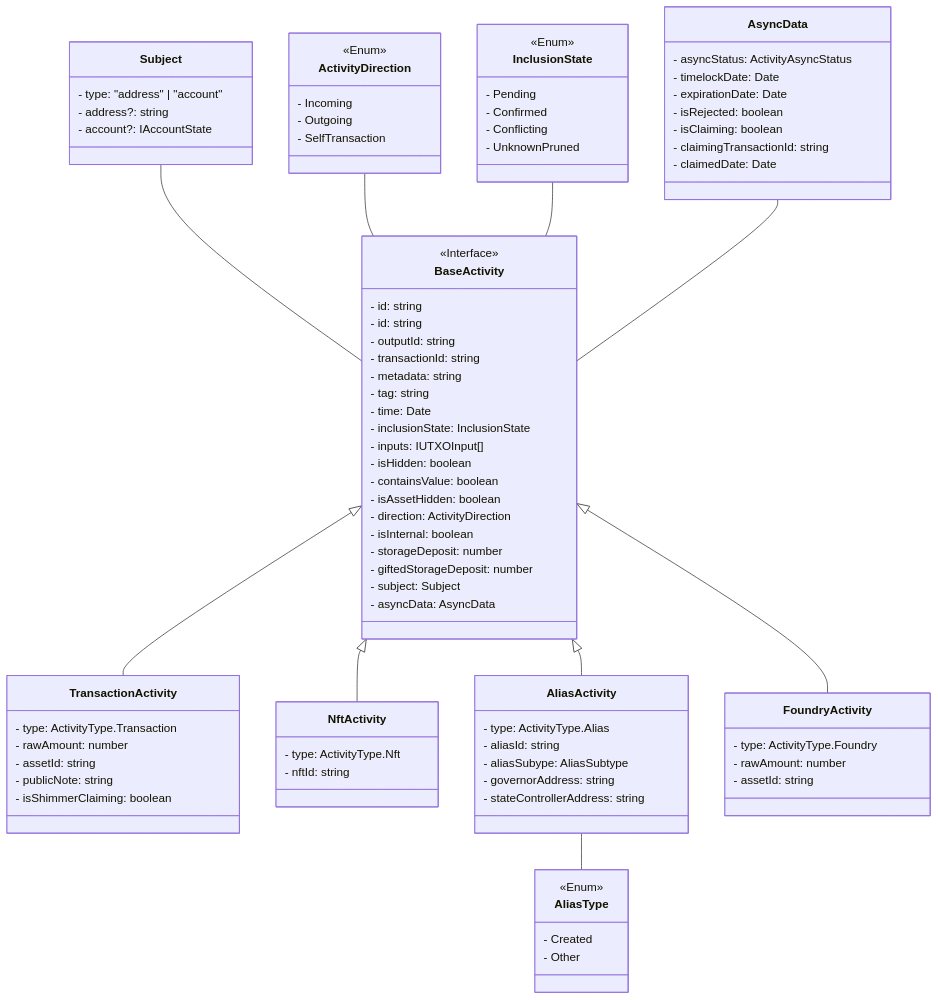
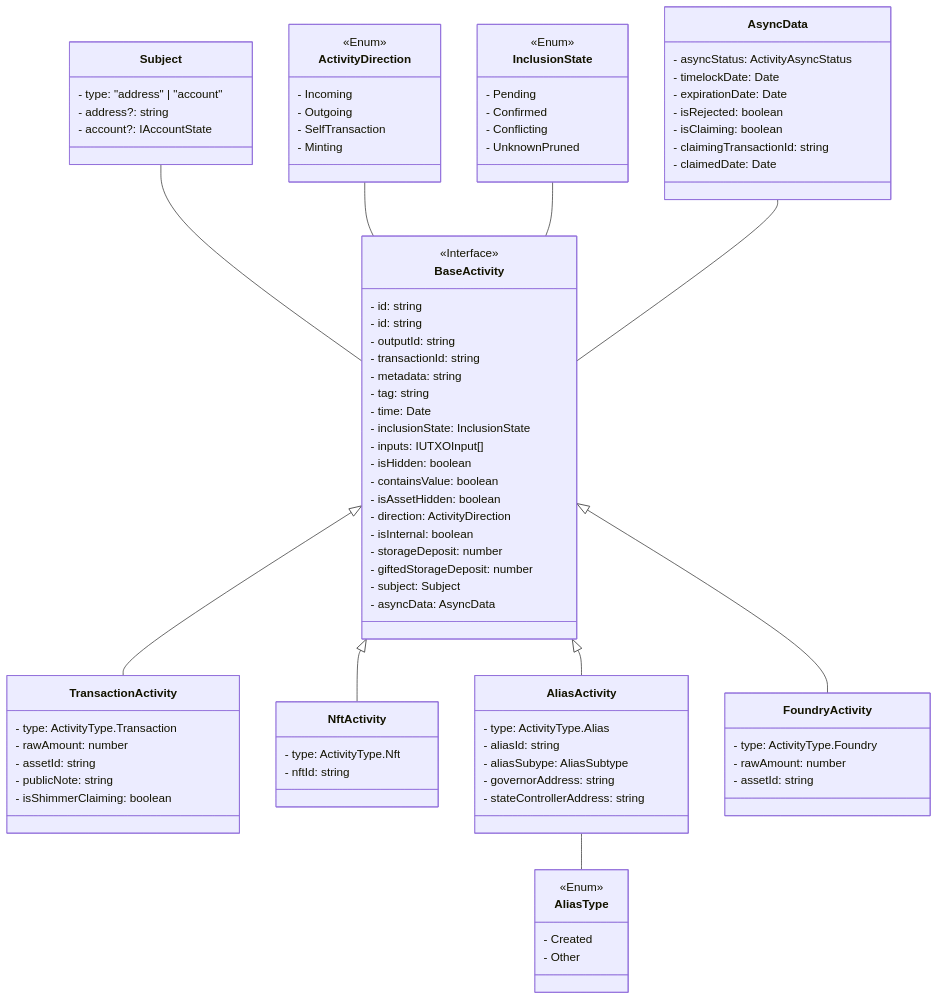
The diagram in docs/specifications/activities/class-diagram.md (iotaledger/firefly), drawn with Mermaid before and after one commit.

Commit message:
doc: update activity documentation

```diff
--- a/docs/specifications/activities/class-diagram.md
+++ b/docs/specifications/activities/class-diagram.md
@@ -71,6 +71,7 @@
         - Incoming
         - Outgoing
         - SelfTransaction
+        - Minting
     }
     class Alias Type {
         <<Enum>>
```
